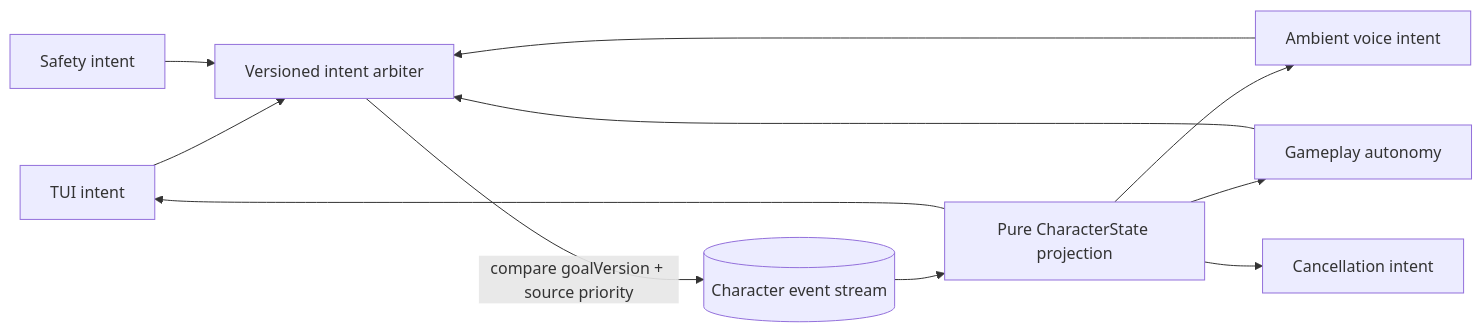
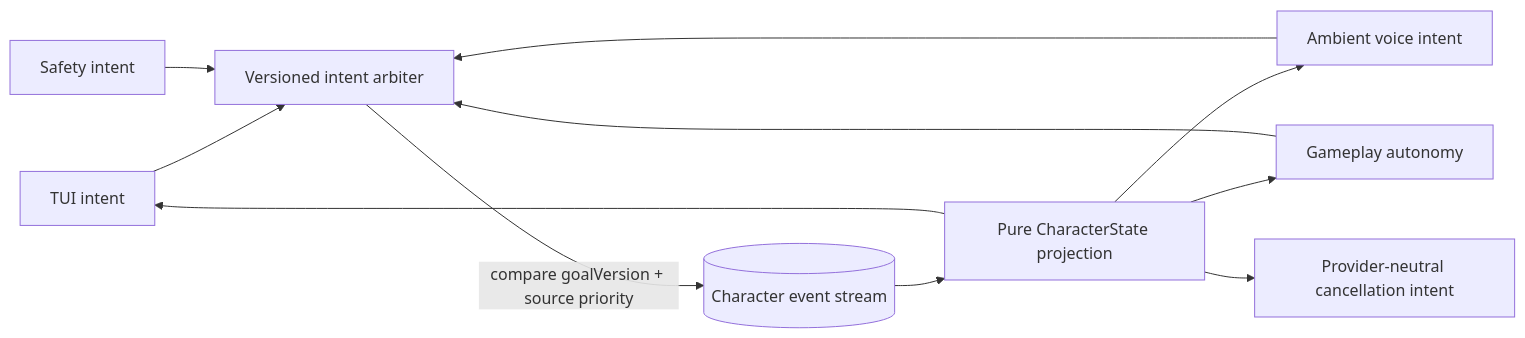
One commit to Volpestyle/clankie changed the diagram in packages/character-state/README.md. Above: the diagram before and after it, drawn with Mermaid. The commit also changed other lines of this file and 34 other files, not shown here.

````diff
--- a/packages/character-state/README.md
+++ b/packages/character-state/README.md
@@ -7,13 +8,13 @@
 ```mermaid
 flowchart LR
   T[TUI intent] --> A[Versioned intent arbiter]
   V[Ambient voice intent] --> A
   G[Gameplay autonomy] --> A
   S[Safety intent] --> A
   A -->|compare goalVersion + source priority| E[(Character event stream)]
   E --> P[Pure CharacterState projection]
   P --> T
   P --> V
   P --> G
-  P --> C[Cancellation intent]
+  P --> C[Provider-neutral cancellation intent]
 ```
````
